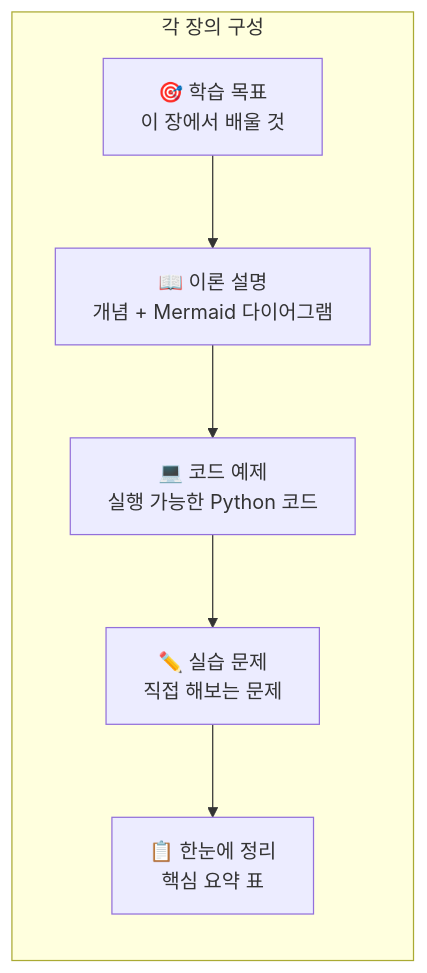
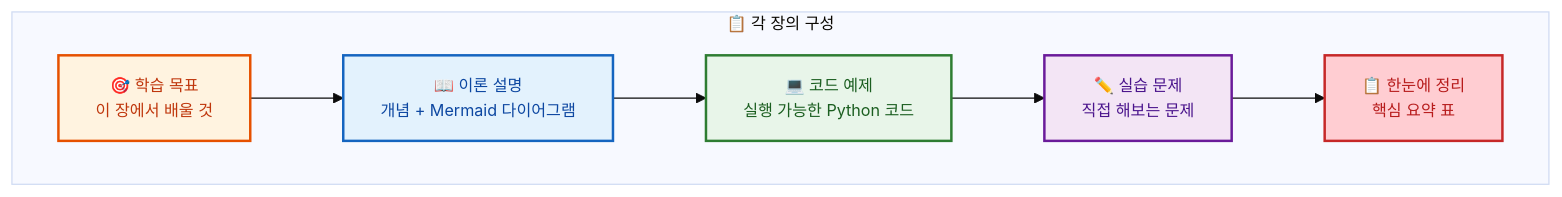
Diagram 17 of 19 in ai-programming/README.md (jingu279/Document), drawn with Mermaid before and after one commit. The commit also changed other lines of this file, not shown here.

First line of the commit message:
README Mermaid 다이어그램 스타일링 개선

````diff
--- a/ai-programming/README.md
+++ b/ai-programming/README.md
@@ -449,12 +689,25 @@
 ```mermaid
+%%{init: {'theme': 'base', 'themeVariables': {'fontSize': '13px'}}}%%
 flowchart LR
-  subgraph Chapter[각 장의 구성]
+  subgraph Chapter[📋 각 장의 구성]
+    direction LR
     Goals["🎯 학습 목표<br/>이 장에서 배울 것"]
     Theory["📖 이론 설명<br/>개념 + Mermaid 다이어그램"]
     Code["💻 코드 예제<br/>실행 가능한 Python 코드"]
     Practice["✏️ 실습 문제<br/>직접 해보는 문제"]
     Summary["📋 한눈에 정리<br/>핵심 요약 표"]
   end
 
   Goals --> Theory --> Code --> Practice --> Summary
+
+  classDef goal fill:#fff3e0,stroke:#e65100,stroke-width:2px,color:#bf360c
+  classDef theory fill:#e3f2fd,stroke:#1565c0,stroke-width:2px,color:#0d47a1
+  classDef code fill:#e8f5e9,stroke:#2e7d32,stroke-width:2px,color:#1b5e20
+  classDef practice fill:#f3e5f5,stroke:#6a1b9a,stroke-width:2px,color:#4a148c
+  classDef summary fill:#ffcdd2,stroke:#c62828,stroke-width:2px,color:#b71c1c
+  class Goals goal
+  class Theory theory
+  class Code code
+  class Practice practice
+  class Summary summary
 ```
````
